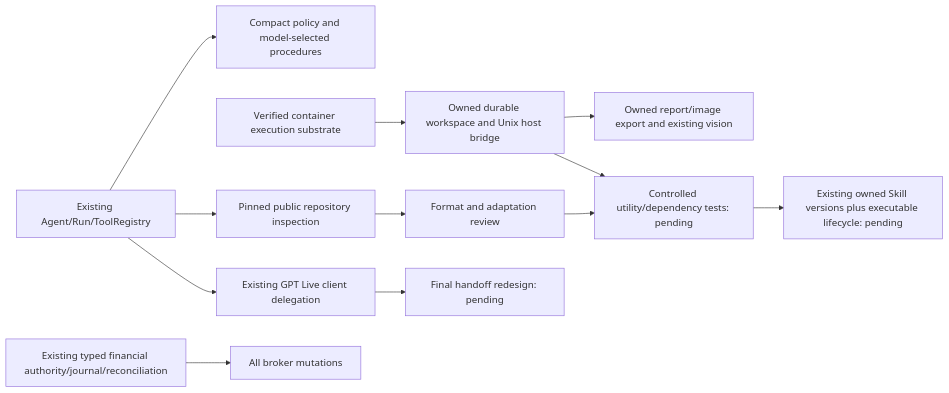
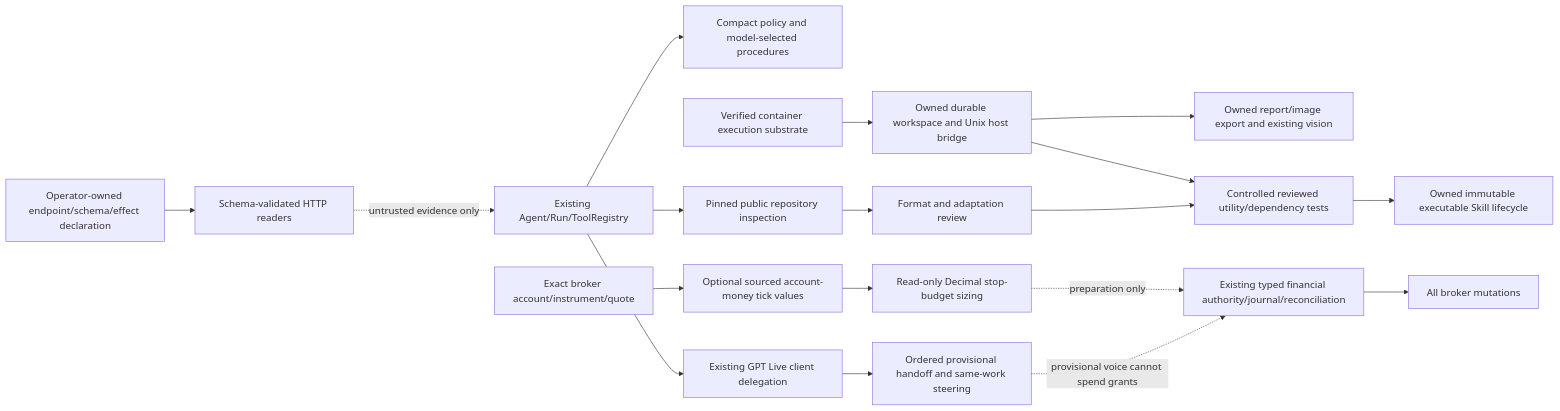
One commit to loorksy/lonorabot changed the first of 3 diagrams in docs/lonora-specs/DEPENDENCY_GRAPH.md. Above: the diagram before and after it, drawn with Mermaid. The commit also changed other lines of this file and 3 other files, not shown here.

````diff
--- a/docs/lonora-specs/DEPENDENCY_GRAPH.md
+++ b/docs/lonora-specs/DEPENDENCY_GRAPH.md
@@ -5,14 +5,20 @@
 ```mermaid
 flowchart LR
   Runtime[Existing Agent/Run/ToolRegistry] --> Compact[Compact policy and model-selected procedures]
   Runtime --> Inspect[Pinned public repository inspection]
   Inspect --> Review[Format and adaptation review]
   Sandbox[Verified container execution substrate] --> Bridge[Owned durable workspace and Unix host bridge]
   Bridge --> Artifacts[Owned report/image export and existing vision]
-  Bridge --> Test[Controlled utility/dependency tests: pending]
+  Bridge --> Test[Controlled reviewed utility/dependency tests]
   Review --> Test
-  Test --> Lifecycle[Existing owned Skill versions plus executable lifecycle: pending]
+  Test --> Lifecycle[Owned immutable executable Skill lifecycle]
   Runtime --> Voice[Existing GPT Live client delegation]
-  Voice --> Handoff[Final handoff redesign: pending]
+  Voice --> Handoff[Ordered provisional handoff and same-work steering]
   Authority[Existing typed financial authority/journal/reconciliation] --> Trading[All broker mutations]
+  Broker[Exact broker account/instrument/quote] --> Economics[Optional sourced account-money tick values]
+  Economics --> Sizing[Read-only Decimal stop-budget sizing]
+  Sizing -. preparation only .-> Authority
+  Operator[Operator-owned endpoint/schema/effect declaration] --> External[Schema-validated HTTP readers]
+  External -. untrusted evidence only .-> Runtime
+  Handoff -. provisional voice cannot spend grants .-> Authority
 ```
````
